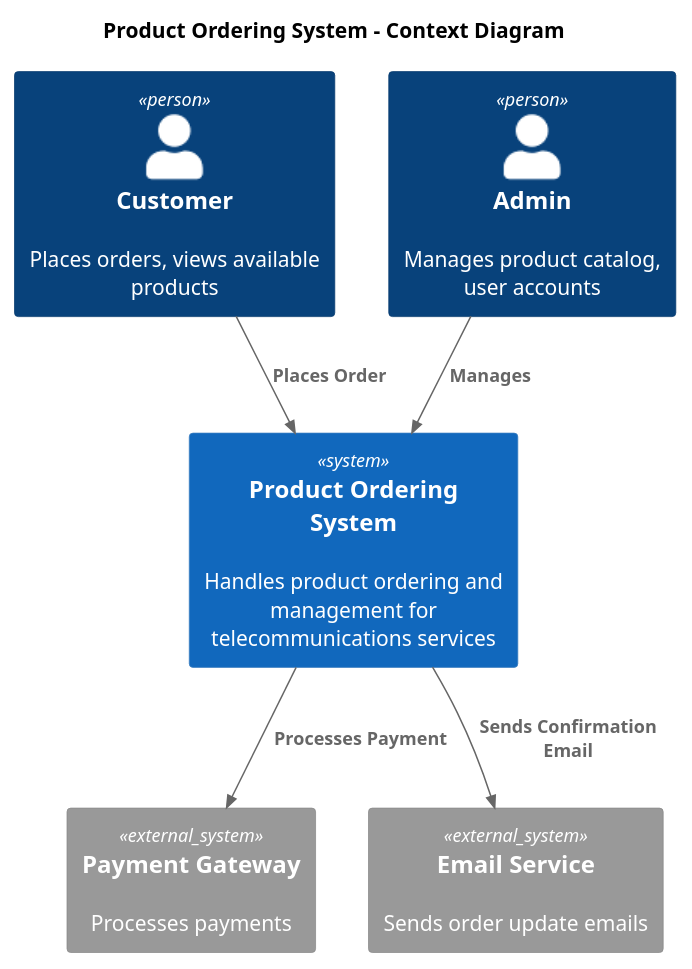
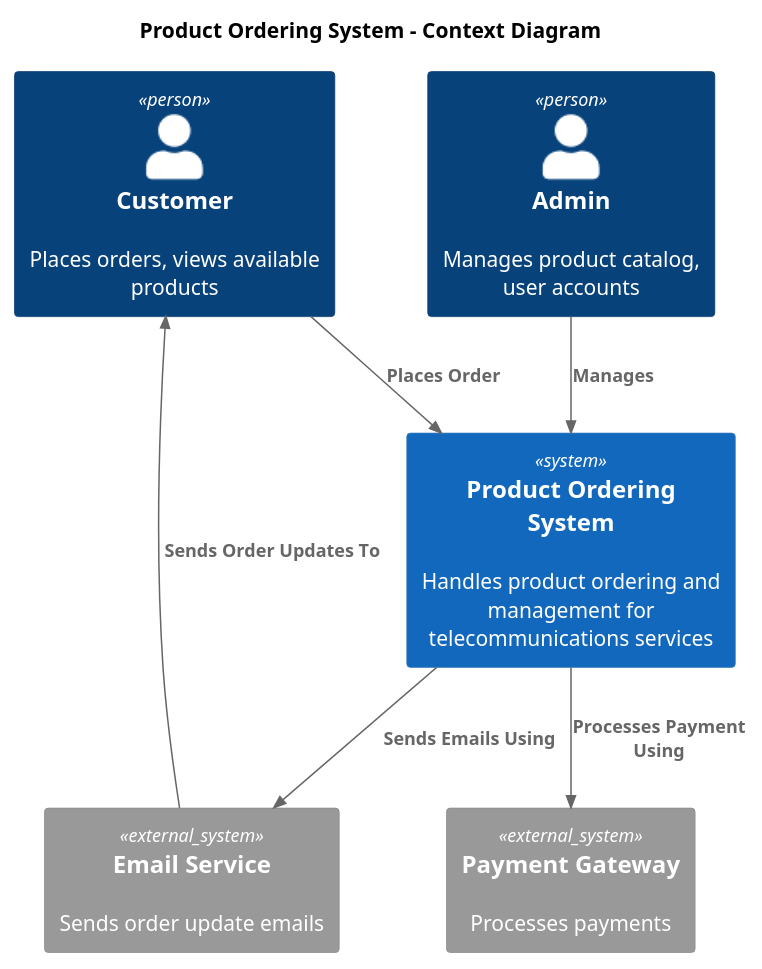
The diagram in c4/context/context.puml (ensarhamzic/diplomski-rad-softversko-inzenjerstvo), drawn with PlantUML before and after one commit.

Commit message:
context diagram pt2

```diff
--- a/c4/context/context.puml
+++ b/c4/context/context.puml
@@ -1,20 +1,21 @@
 @startuml C4_Context
 
 !include https://raw.githubusercontent.com/plantuml-stdlib/C4-PlantUML/master/C4_Context.puml
 
 title Product Ordering System - Context Diagram
 
 Person(customer, "Customer", "Places orders, views available products")
 Person(admin, "Admin", "Manages product catalog, user accounts")
 
 System(productOrderingSystem, "Product Ordering System", "Handles product ordering and management for telecommunications services")
 
 System_Ext(paymentGateway, "Payment Gateway", "Processes payments")
 System_Ext(emailService, "Email Service", "Sends order update emails")
 
 Rel(customer, productOrderingSystem, "Places Order")
 Rel(admin, productOrderingSystem, "Manages")
-Rel(productOrderingSystem, paymentGateway, "Processes Payment")
-Rel(productOrderingSystem, emailService, "Sends Confirmation Email")
+Rel(productOrderingSystem, paymentGateway, "Processes Payment Using")
+Rel(productOrderingSystem, emailService, "Sends Emails Using")
+Rel(emailService, customer, "Sends Order Updates To")
 
 @enduml
```
